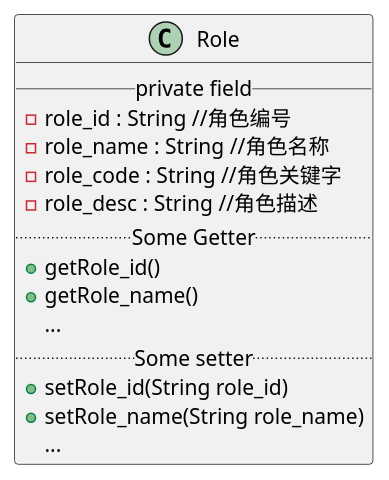
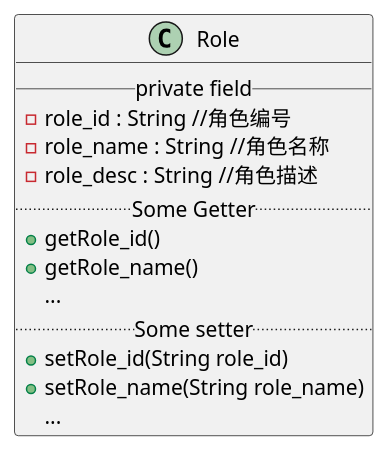
The fifth of 30 diagrams in docs/UML/plantuml.md (xiaokangxxs/notebook), drawn with PlantUML before and after one commit. The commit also changed other lines of this file and 2 other files, not shown here.

Commit message:
update hadoop-ha and update familyaccount-plantuml

````diff
--- a/docs/UML/plantuml.md
+++ b/docs/UML/plantuml.md
@@ -121,21 +112,20 @@
 ```plantuml
 @startuml
 
 class Role {
 __ private field __
  -role_id : String //角色编号
  -role_name : String //角色名称
- -role_code : String //角色关键字
  -role_desc : String //角色描述
 .. Some Getter ..
   + getRole_id()
   + getRole_name()
   ...
 .. Some setter ..
   + setRole_id(String role_id)
   + setRole_name(String role_name)
   ...
 }
 
 @enduml
 ```
````
